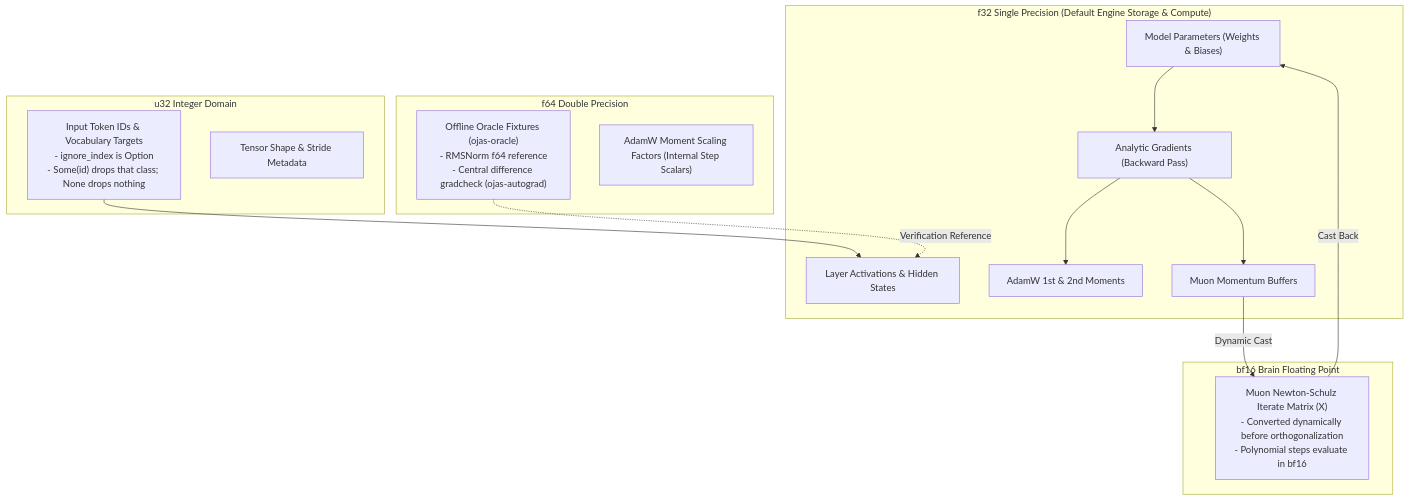
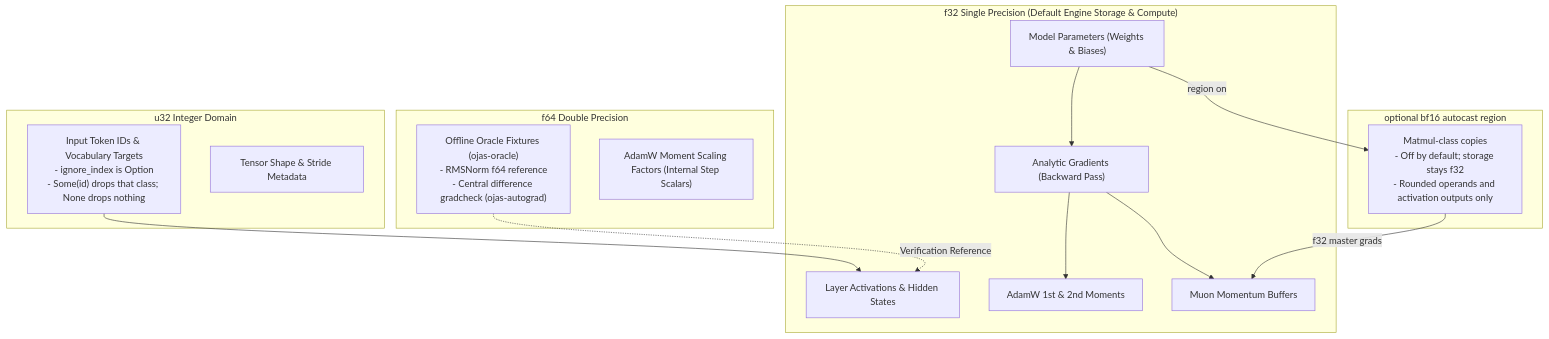
One commit to bharathvbcr/ojas changed the first of 2 diagrams in docs/dtype-policy.md. Above: the diagram before and after it, drawn with Mermaid. The commit also changed other lines of this file and 497 other files, not shown here.

````diff
--- a/docs/dtype-policy.md
+++ b/docs/dtype-policy.md
@@ -9,32 +9,32 @@
 ```mermaid
 flowchart TD
     subgraph F32Domain["f32 Single Precision (Default Engine Storage & Compute)"]
         Params["Model Parameters (Weights & Biases)"]
         Acts["Layer Activations & Hidden States"]
         Grads["Analytic Gradients (Backward Pass)"]
         AdamWStates["AdamW 1st & 2nd Moments"]
         MuonMom["Muon Momentum Buffers"]
     end
 
-    subgraph BF16Domain["bf16 Brain Floating Point"]
-        NSIterate["Muon Newton-Schulz Iterate Matrix (X)\n- Converted dynamically before orthogonalization\n- Polynomial steps evaluate in bf16"]
+    subgraph BF16Domain["optional bf16 autocast region"]
+        NSIterate["Matmul-class copies\n- Off by default; storage stays f32\n- Rounded operands and activation outputs only"]
     end
 
     subgraph U32Domain["u32 Integer Domain"]
         TokenIDs["Input Token IDs & Vocabulary Targets\n- ignore_index is Option<u32>\n- Some(id) drops that class; None drops nothing"]
         Dimensions["Tensor Shape & Stride Metadata"]
     end
 
     subgraph F64Domain["f64 Double Precision"]
         Oracles["Offline Oracle Fixtures (ojas-oracle)\n- RMSNorm f64 reference\n- Central difference gradcheck (ojas-autograd)"]
         Scalars["AdamW Moment Scaling Factors (Internal Step Scalars)"]
     end
 
     Params --> Grads
     Grads --> AdamWStates
     Grads --> MuonMom
-    MuonMom -->|Dynamic Cast| NSIterate
-    NSIterate -->|Cast Back| Params
+    Params -->|region on| NSIterate
+    NSIterate -->|f32 master grads| MuonMom
     TokenIDs --> Acts
     Oracles -.->|Verification Reference| Acts
 ```
````
